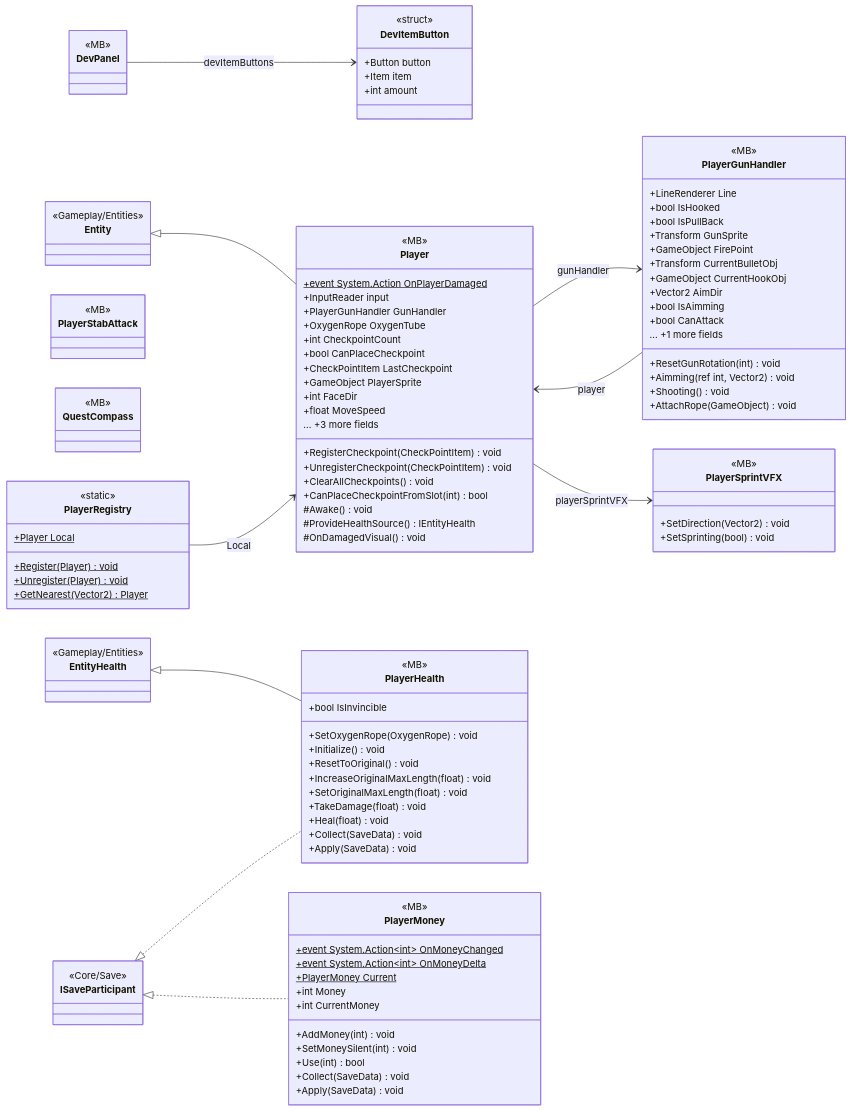
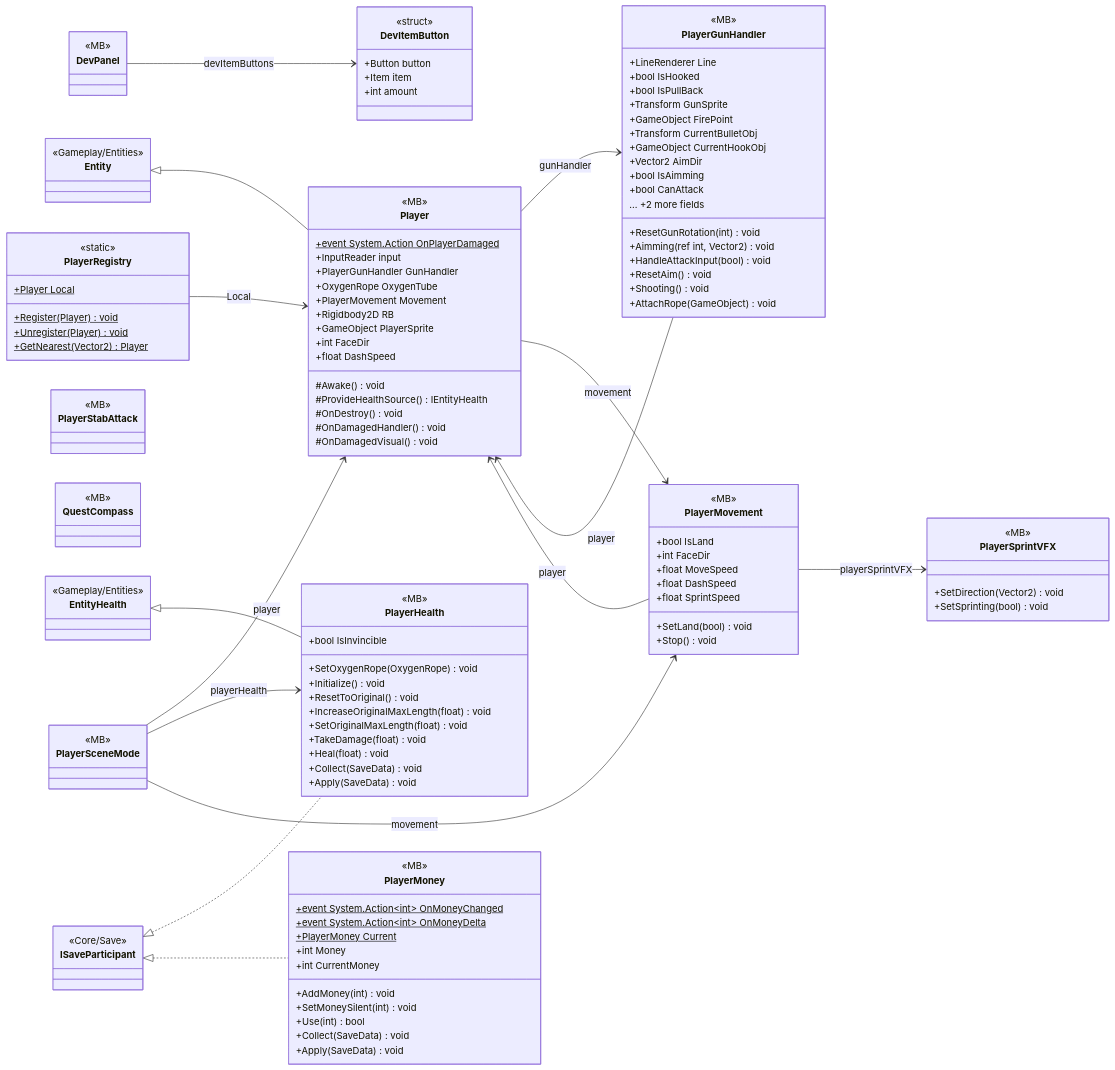
One commit to PhumipatWave/project-ocean changed the diagram in docs/uml/modules/Gameplay_Entities_Players.md. Above: the diagram before and after it, drawn with Mermaid. The commit also changed other lines of this file and 71 other files, not shown here.

Commit message:
Update UML diagrams

````diff
--- a/docs/uml/modules/Gameplay_Entities_Players.md
+++ b/docs/uml/modules/Gameplay_Entities_Players.md
@@ -22,19 +22,15 @@
     +InputReader input
     +PlayerGunHandler GunHandler
     +OxygenRope OxygenTube
-    +int CheckpointCount
-    +bool CanPlaceCheckpoint
-    +CheckPointItem LastCheckpoint
+    +PlayerMovement Movement
+    +Rigidbody2D RB
     +GameObject PlayerSprite
     +int FaceDir
-    +float MoveSpeed
-    ... +3 more fields
-    +RegisterCheckpoint(CheckPointItem) void
-    +UnregisterCheckpoint(CheckPointItem) void
-    +ClearAllCheckpoints() void
-    +CanPlaceCheckpointFromSlot(int) bool
+    +float DashSpeed
     #Awake() void
     #ProvideHealthSource() IEntityHealth
+    #OnDestroy() void
+    #OnDamagedHandler() void
     #OnDamagedVisual() void
   }
   class PlayerGunHandler {
@@ -49,9 +45,11 @@
     +Vector2 AimDir
     +bool IsAimming
     +bool CanAttack
-    ... +1 more fields
+    ... +2 more fields
     +ResetGunRotation(int) void
     +Aimming(ref int, Vector2) void
+    +HandleAttackInput(bool) void
+    +ResetAim() void
     +Shooting() void
     +AttachRope(GameObject) void
   }
@@ -81,12 +79,25 @@
     +Collect(SaveData) void
     +Apply(SaveData) void
   }
+  class PlayerMovement {
+    <<MB>>
+    +bool IsLand
+    +int FaceDir
+    +float MoveSpeed
+    +float DashSpeed
+    +float SprintSpeed
+    +SetLand(bool) void
+    +Stop() void
+  }
   class PlayerRegistry {
     <<static>>
     +Player Local$
     +Register(Player)$ void
     +Unregister(Player)$ void
     +GetNearest(Vector2)$ Player
+  }
+  class PlayerSceneMode {
+    <<MB>>
   }
   class PlayerSprintVFX {
     <<MB>>
@@ -114,7 +125,12 @@
   ISaveParticipant <|.. PlayerHealth
   ISaveParticipant <|.. PlayerMoney
   Player --> PlayerGunHandler : gunHandler
-  Player --> PlayerSprintVFX : playerSprintVFX
+  Player --> PlayerMovement : movement
   PlayerGunHandler --> Player : player
+  PlayerMovement --> Player : player
+  PlayerMovement --> PlayerSprintVFX : playerSprintVFX
   PlayerRegistry --> Player : Local
+  PlayerSceneMode --> Player : player
+  PlayerSceneMode --> PlayerHealth : playerHealth
+  PlayerSceneMode --> PlayerMovement : movement
 ```
````
